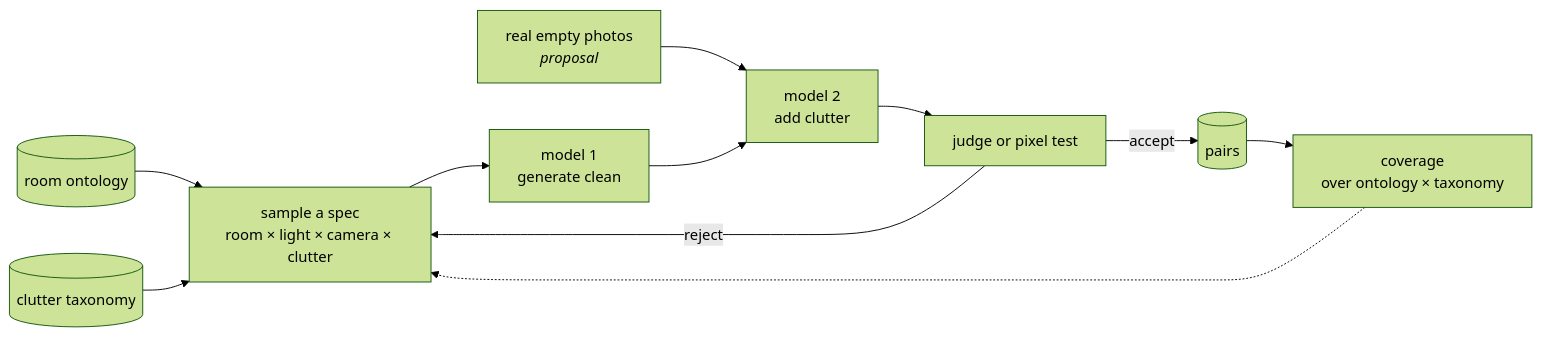
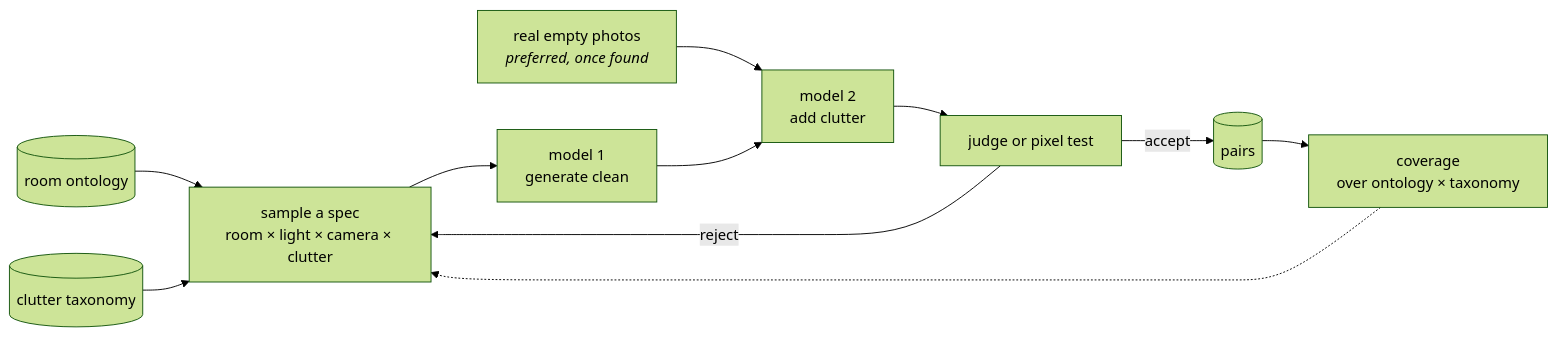
Before and after one commit to intent-graph/ai_tooling: the diagram in clutter_pairs/architecture.md, drawn with Mermaid (forest theme). The commit also changed other lines of this file and 10 other files, not shown here.

````diff
--- a/clutter_pairs/architecture.md
+++ b/clutter_pairs/architecture.md
@@ -98,13 +98,13 @@
 ```mermaid
 flowchart LR
   O[(room ontology)] --> S[sample a spec<br/>room × light × camera × clutter]
   T[(clutter taxonomy)] --> S
   S --> C[model 1<br/>generate clean]
-  E[real empty photos<br/><i>proposal</i>] --> K
+  E[real empty photos<br/><i>preferred, once found</i>] --> K
   C --> K[model 2<br/>add clutter]
   K --> Q[judge or pixel test]
   Q -- accept --> P[(pairs)]
   Q -- reject --> S
   P --> CV[coverage<br/>over ontology × taxonomy]
   CV -.-> S
 ```
````
